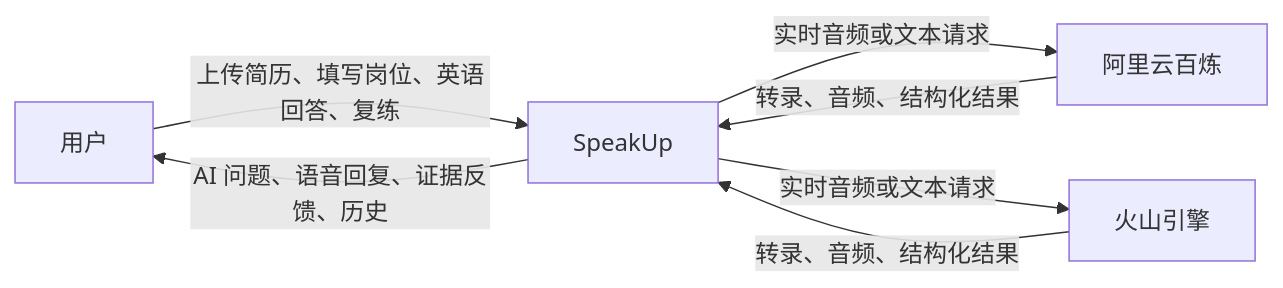
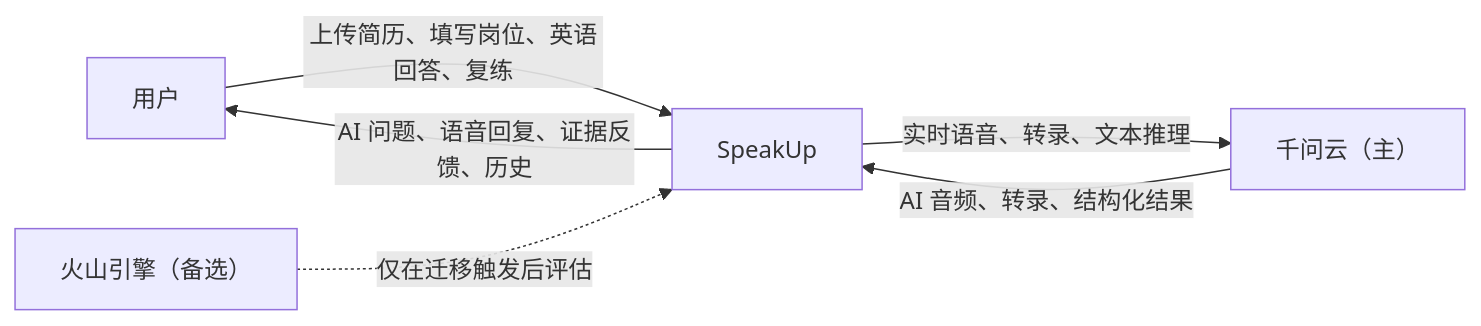
One commit to Lq0412/ai-en-coach changed the first of 12 diagrams in docs/superpowers/specs/2026-07-14-ms1-system-architecture-design.md. Above: the diagram before and after it, drawn with Mermaid. The commit also changed other lines of this file, not shown here.

First line of the commit message:
docs(architecture): 定稿 MS1 系统架构与技术选型

````diff
--- a/docs/superpowers/specs/2026-07-14-ms1-system-architecture-design.md
+++ b/docs/superpowers/specs/2026-07-14-ms1-system-architecture-design.md
@@ -66,9 +104,8 @@
 ```mermaid
 flowchart LR
   User["用户"] -->|"上传简历、填写岗位、英语回答、复练"| SpeakUp["SpeakUp"]
   SpeakUp -->|"AI 问题、语音回复、证据反馈、历史"| User
-  SpeakUp -->|"实时音频或文本请求"| Alibaba["阿里云百炼"]
-  SpeakUp -->|"实时音频或文本请求"| Volcano["火山引擎"]
-  Alibaba -->|"转录、音频、结构化结果"| SpeakUp
-  Volcano -->|"转录、音频、结构化结果"| SpeakUp
+  SpeakUp -->|"实时语音、转录、文本推理"| Qianwen["千问云（主）"]
+  Qianwen -->|"AI 音频、转录、结构化结果"| SpeakUp
+  Volcano["火山引擎（备选）"] -.->|"仅在迁移触发后评估"| SpeakUp
 ```
````
